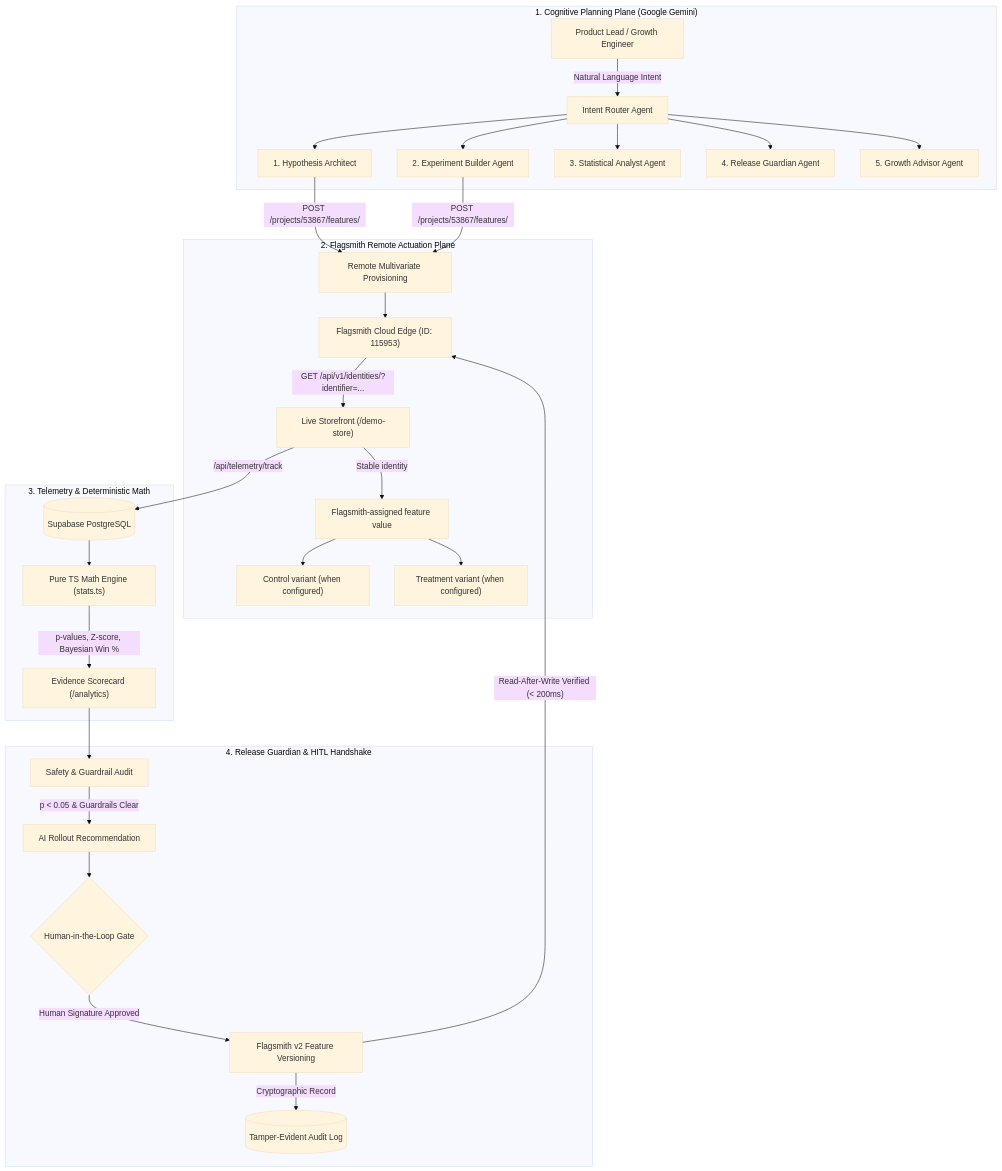
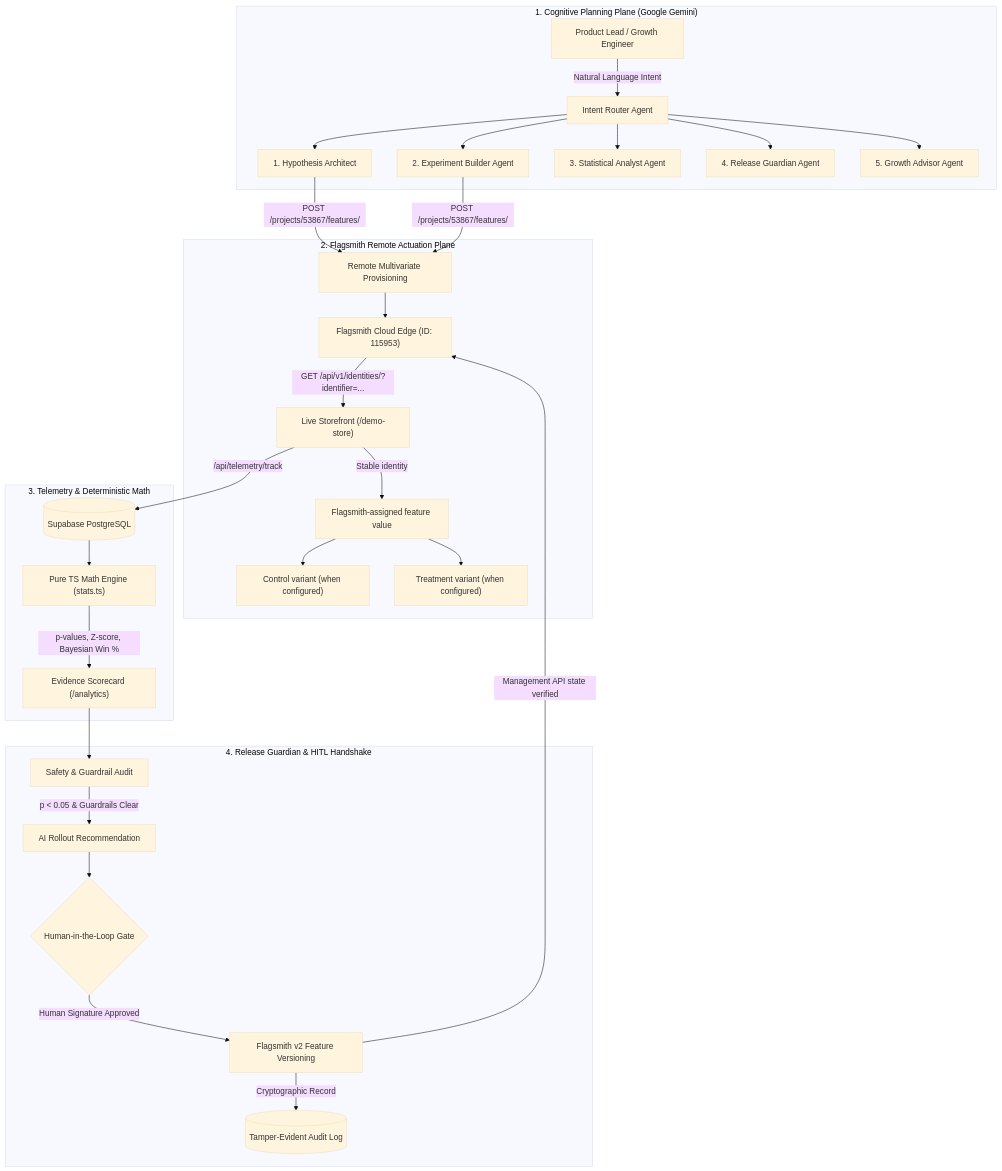
Before and after one commit to Shubhamver45/PulsePilot: the diagram in README.md, drawn with Mermaid (base theme). The commit also changed other lines of this file, not shown here.

````diff
--- a/README.md
+++ b/README.md
@@ -58,35 +58,35 @@
 ```mermaid
 flowchart TD
     subgraph PlanningPlane["1. Cognitive Planning Plane (Google Gemini)"]
       User["Product Lead / Growth Engineer"] -->|"Natural Language Intent"| Dispatcher["Intent Router Agent"]
       Dispatcher --> Strategy["1. Hypothesis Architect"]
       Dispatcher --> Builder["2. Experiment Builder Agent"]
       Dispatcher --> Analytics["3. Statistical Analyst Agent"]
       Dispatcher --> Guardian["4. Release Guardian Agent"]
       Dispatcher --> Advisor["5. Growth Advisor Agent"]
     end
 
     subgraph ActuationPlane["2. Flagsmith Remote Actuation Plane"]
       Strategy & Builder -->|"POST /projects/53867/features/"| FS_Create["Remote Multivariate Provisioning"]
       FS_Create --> FS_Edge["Flagsmith Cloud Edge (ID: 115953)"]
       FS_Edge -->|"GET /api/v1/identities/?identifier=..."| Store["Live Storefront (/demo-store)"]
       Store -->|"Stable identity"| V_Assignment["Flagsmith-assigned feature value"]
       V_Assignment --> V_Control["Control variant (when configured)"]
       V_Assignment --> V_Treatment["Treatment variant (when configured)"]
     end
 
     subgraph TelemetryPlane["3. Telemetry & Deterministic Math"]
       Store -->|"/api/telemetry/track"| DB[(Supabase PostgreSQL)]
       DB --> MathEngine["Pure TS Math Engine (stats.ts)"]
       MathEngine -->|"p-values, Z-score, Bayesian Win %"| Scorecard["Evidence Scorecard (/analytics)"]
     end
 
     subgraph GovernancePlane["4. Release Guardian & HITL Handshake"]
       Scorecard --> GuardianCheck["Safety & Guardrail Audit"]
       GuardianCheck -->|"p < 0.05 & Guardrails Clear"| Rec["AI Rollout Recommendation"]
       Rec --> HITL{"Human-in-the-Loop Gate"}
       HITL -->|"Human Signature Approved"| FS_Mutate["Flagsmith v2 Feature Versioning"]
-      FS_Mutate -->|"Read-After-Write Verified (< 200ms)"| FS_Edge
+      FS_Mutate -->|"Management API state verified"| FS_Edge
       FS_Mutate -->|"Cryptographic Record"| Audit[(Tamper-Evident Audit Log)]
     end
 ```
````
